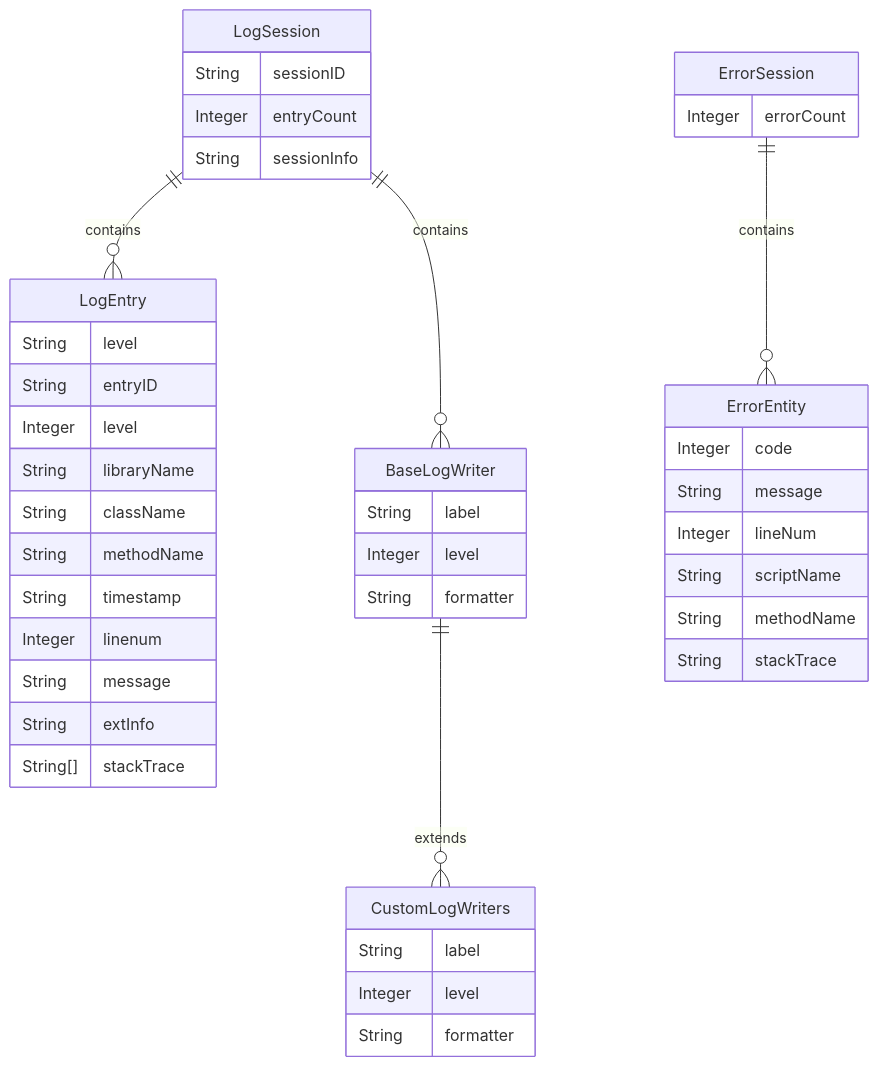
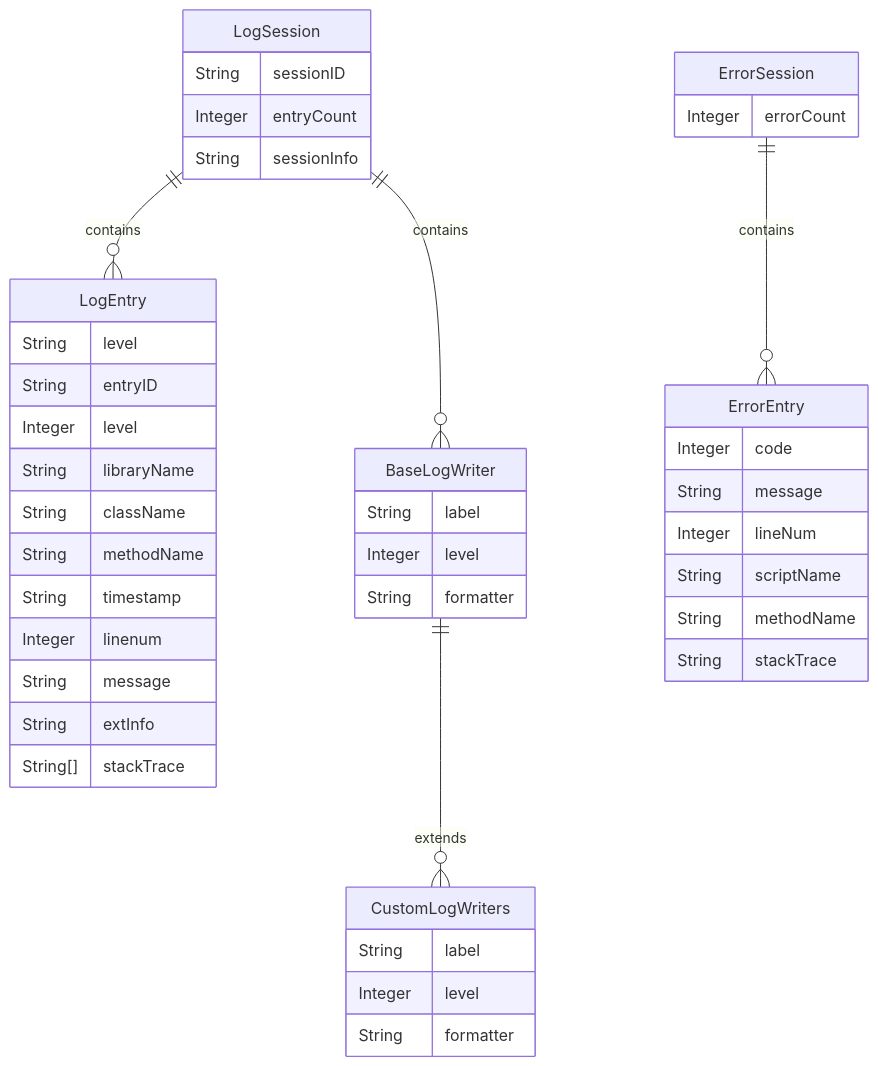
Before and after one commit to HCL-TECH-SOFTWARE/voltscript-logging: the first of 4 diagrams in docs/topicguides/approach.md, drawn with Mermaid. The commit also changed other lines of this file and 34 other files, not shown here.

````diff
--- a/docs/topicguides/approach.md
+++ b/docs/topicguides/approach.md
@@ -11,46 +11,46 @@
 ``` mermaid
 erDiagram
     LogSession ||--o{ LogEntry : contains
     LogSession ||--o{ BaseLogWriter : contains
     BaseLogWriter ||--o{ CustomLogWriters : extends
     LogSession {
         String sessionID
         Integer entryCount
         String sessionInfo
     }
     LogEntry {
         String level
         String entryID
         Integer level
         String libraryName
         String className
         String methodName
         String timestamp
         Integer linenum
         String message
         String extInfo
         String[] stackTrace
     }
     BaseLogWriter {
         String label
         Integer level
         String formatter
     }
     CustomLogWriters {
         String label
         Integer level
         String formatter
     }
-    ErrorSession ||--o{ ErrorEntity : contains
+    ErrorSession ||--o{ ErrorEntry : contains
     ErrorSession {
         Integer errorCount
     }
-    ErrorEntity {
+    ErrorEntry {
         Integer code
         String message
         Integer lineNum
         String scriptName
         String methodName
         String stackTrace
     }
 ```
````
